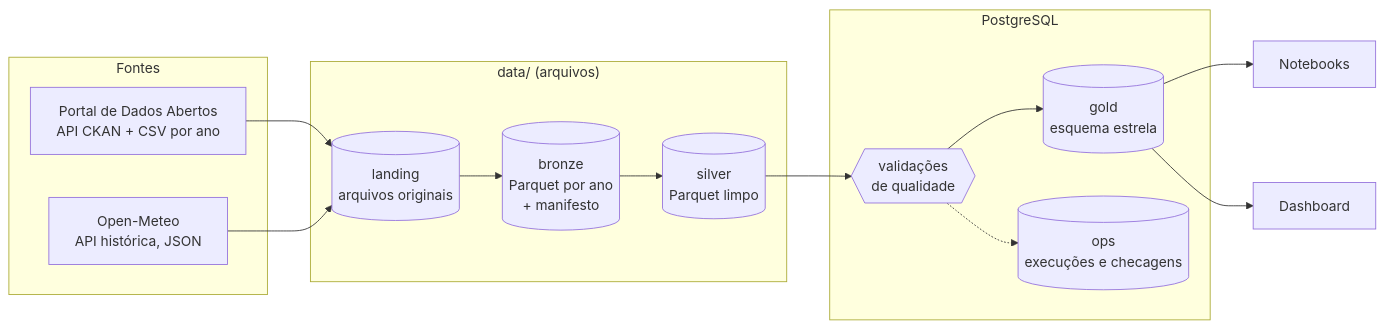
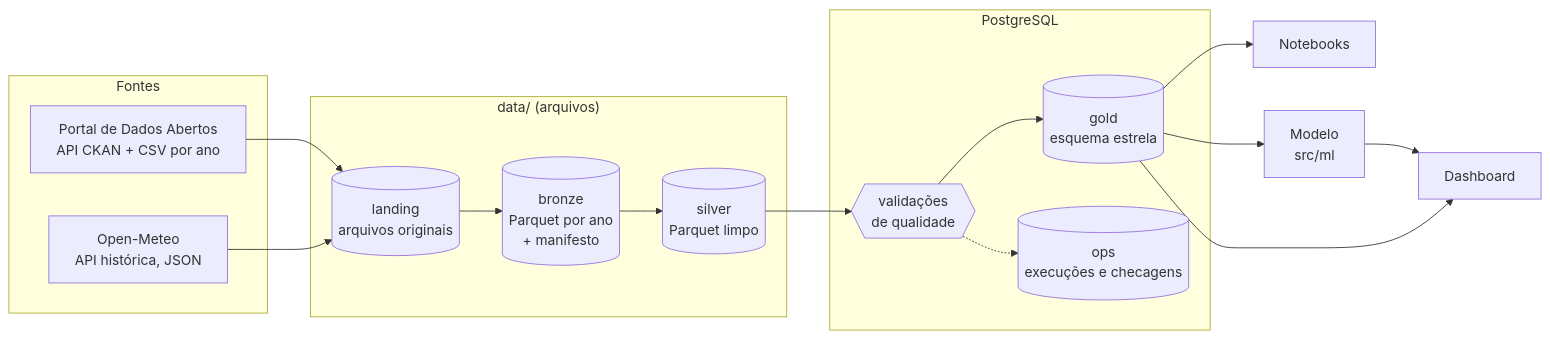
One commit to nogsposito/recife-156 changed the first of 2 diagrams in docs/architecture.md. Above: the diagram before and after it, drawn with Mermaid. The commit also changed other lines of this file and 17 other files, not shown here.

````diff
--- a/docs/architecture.md
+++ b/docs/architecture.md
@@ -5,23 +5,25 @@
 ```mermaid
 flowchart LR
     subgraph Fontes
         A[Portal de Dados Abertos<br/>API CKAN + CSV por ano]
         W[Open-Meteo<br/>API histórica, JSON]
     end
     subgraph Lake["data/ (arquivos)"]
         L[(landing<br/>arquivos originais)]
         B[(bronze<br/>Parquet por ano<br/>+ manifesto)]
         S[(silver<br/>Parquet limpo)]
     end
     subgraph Banco["PostgreSQL"]
         Q{{validações<br/>de qualidade}}
         G[(gold<br/>esquema estrela)]
         O[(ops<br/>execuções e checagens)]
     end
     A --> L
     W --> L
     L --> B --> S --> Q --> G
     Q -.-> O
     G --> N[Notebooks]
-    G --> D[Dashboard]
+    G --> M[Modelo<br/>src/ml]
+    M --> D[Dashboard]
+    G --> D
 ```
````
